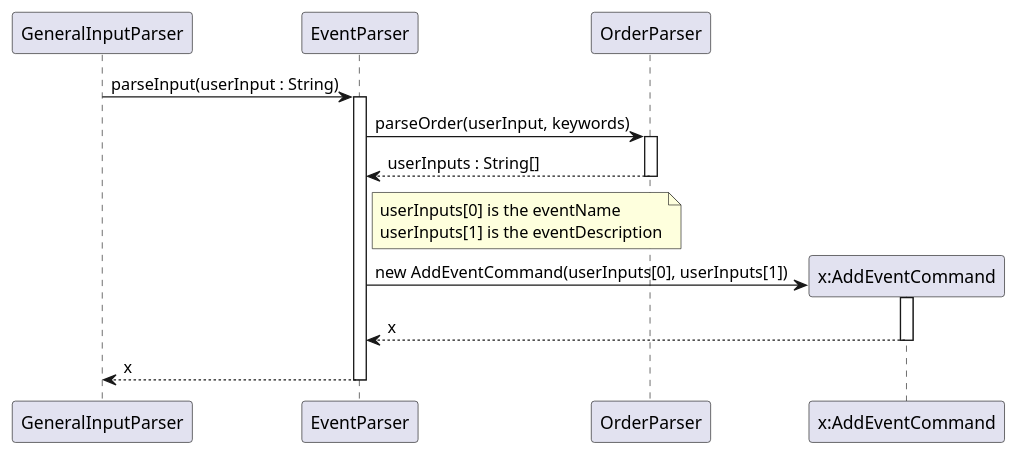
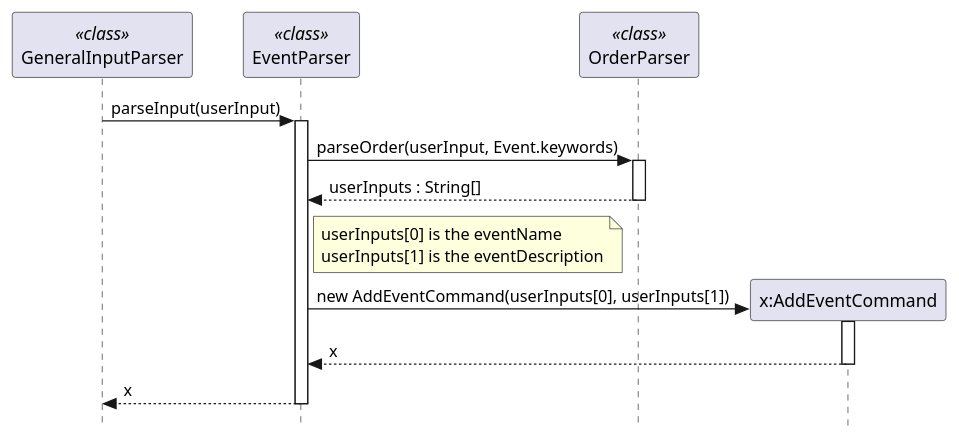
Before and after one commit to JianJiaT/tp: the diagram in docs/team/UML_Files/addEventCommand.puml, drawn with PlantUML. The commit also changed 7 other files, not shown here.

```diff
--- a/docs/team/UML_Files/addEventCommand.puml
+++ b/docs/team/UML_Files/addEventCommand.puml
@@ -1,23 +1,25 @@
-@startuml 
-participant "GeneralInputParser" as GIP
-participant "EventParser" as EP
-participant "OrderParser" as OP
+@startuml
+skinparam Style strictuml
 
-GIP -> EP: parseInput(userInput : String)
-activate EP
-EP -> OP: parseOrder(userInput, keywords)
-activate OP
-OP --> EP : userInputs : String[]
-deactivate OP
-note right of EP : userInputs[0] is the eventName\nuserInputs[1] is the eventDescription
+participant GeneralInputParser <<class>>
+participant EventParser <<class>>
+participant OrderParser <<class>>
+
+GeneralInputParser -> EventParser: parseInput(userInput)
+activate EventParser
+EventParser -> OrderParser: parseOrder(userInput, Event.keywords)
+activate OrderParser
+OrderParser --> EventParser : userInputs : String[]
+deactivate OrderParser
+note right of EventParser : userInputs[0] is the eventName\nuserInputs[1] is the eventDescription
 
 create "x:AddEventCommand" AS AddEventCommand
-EP -> AddEventCommand: new AddEventCommand(userInputs[0], userInputs[1]) 
+EventParser -> AddEventCommand: new AddEventCommand(userInputs[0], userInputs[1])
 activate AddEventCommand
-AddEventCommand --> EP : x
+AddEventCommand --> EventParser : x
 deactivate AddEventCommand
 
-EP --> GIP : x
-deactivate EP
+EventParser --> GeneralInputParser : x
+deactivate EventParser
 
 @enduml
```
